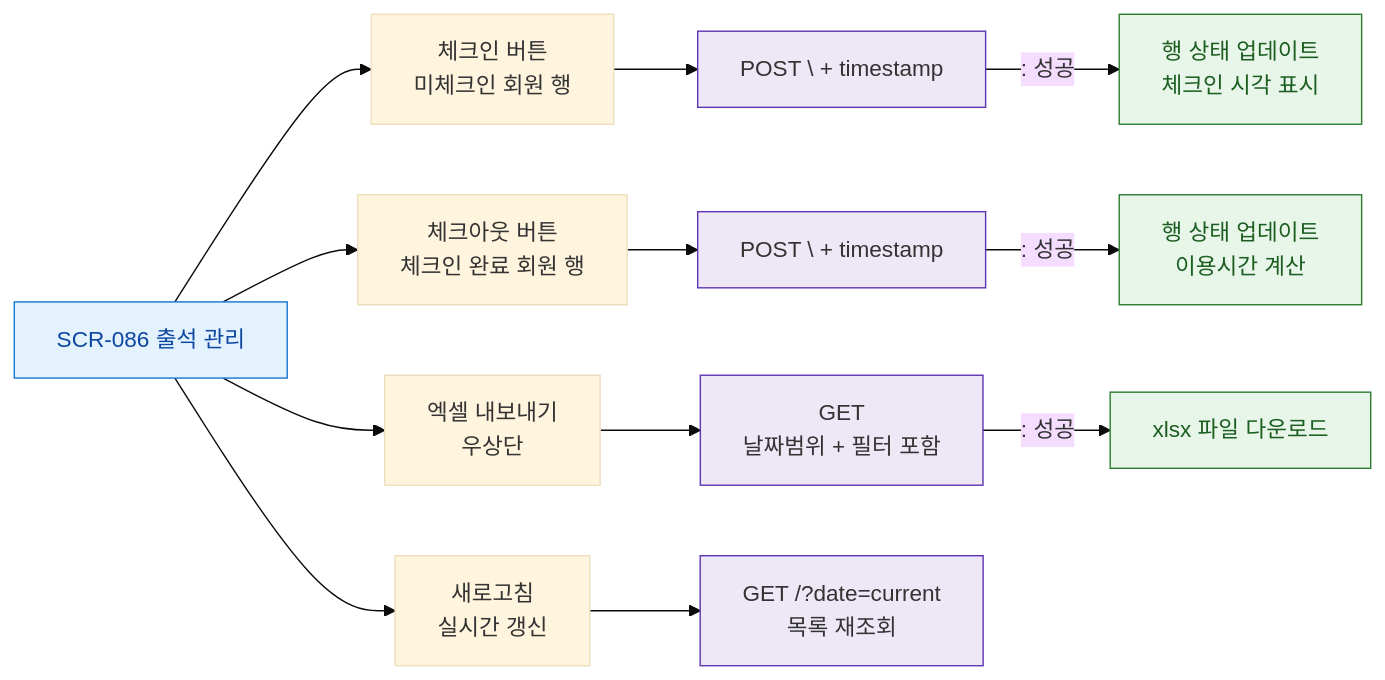
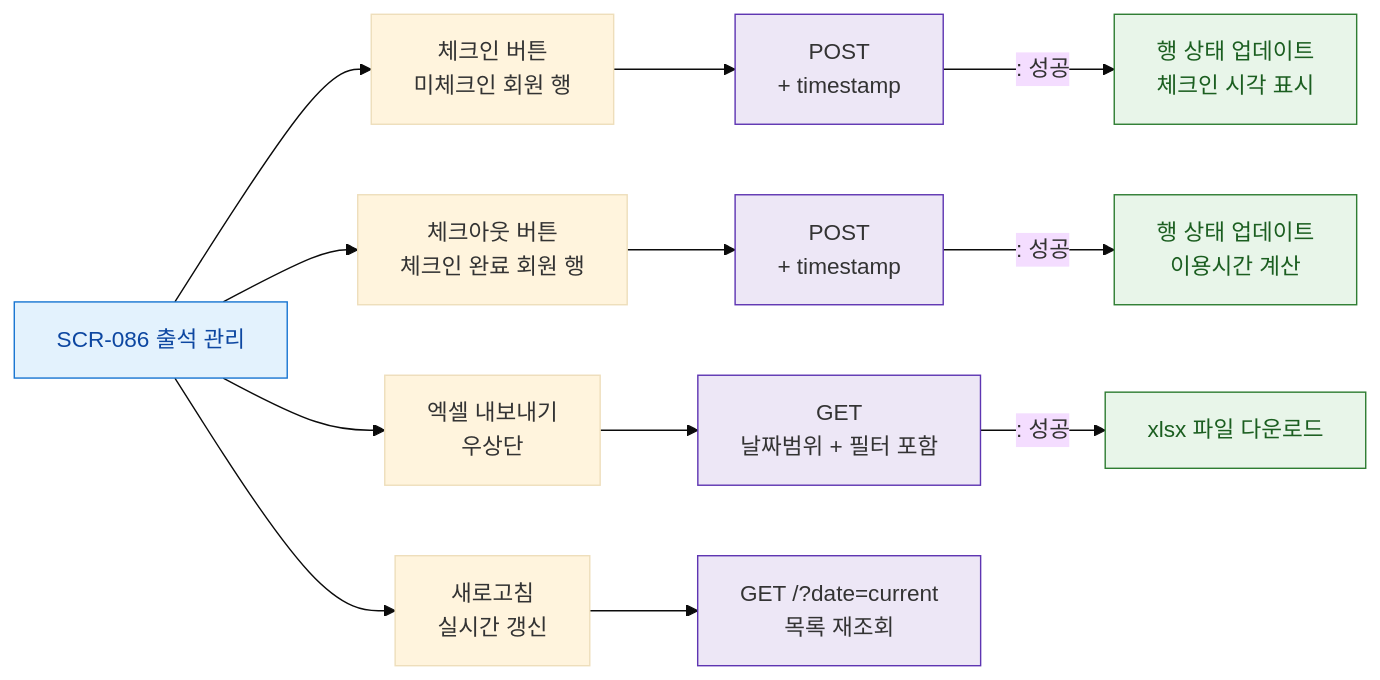
The diagram in docs/admin/다이어그램/D09_설정관리/SCR-086_출석관리_회원/F3_버튼액션.md (dev-spogym/admin-pando), drawn with Mermaid (base theme) before and after one commit. The commit also changed 369 other files, not shown here.

````diff
--- a/docs/admin/다이어그램/D09_설정관리/SCR-086_출석관리_회원/F3_버튼액션.md
+++ b/docs/admin/다이어그램/D09_설정관리/SCR-086_출석관리_회원/F3_버튼액션.md
@@ -12,25 +12,25 @@
 ```mermaid
 flowchart LR
     SCR086[SCR-086 출석 관리]
 
     SCR086 --> BtnCheckin[체크인 버튼\n미체크인 회원 행]
     SCR086 --> BtnCheckout[체크아웃 버튼\n체크인 완료 회원 행]
     SCR086 --> BtnExport[엑셀 내보내기\n우상단]
     SCR086 --> BtnRefresh[새로고침\n실시간 갱신]
 
-    BtnCheckin --> ACT_Checkin[POST \ + timestamp]
-    BtnCheckout --> ACT_Checkout[POST \ + timestamp]
+    BtnCheckin --> ACT_Checkin[POST <br/> + timestamp]
+    BtnCheckout --> ACT_Checkout[POST <br/> + timestamp]
     BtnExport --> ACT_Export[GET \n날짜범위 + 필터 포함]
     BtnRefresh --> ACT_Refresh[GET /?date=current\n목록 재조회]
 
     ACT_Checkin -->|": 성공"|OK_Checkin[행 상태 업데이트\n체크인 시각 표시]
     ACT_Checkout -->|": 성공"|OK_Checkout[행 상태 업데이트\n이용시간 계산]
     ACT_Export -->|": 성공"|OK_Export[xlsx 파일 다운로드]
 
     classDef screen fill:#E3F2FD,stroke:#1976D2,color:#0D47A1
     classDef success fill:#E8F5E9,stroke:#2E7D32,color:#1B5E20
     classDef system fill:#EDE7F6,stroke:#5E35B2
     class SCR086 screen
     class OK_Checkin,OK_Checkout,OK_Export success
     class ACT_Checkin,ACT_Checkout,ACT_Export,ACT_Refresh system
 ```
````
